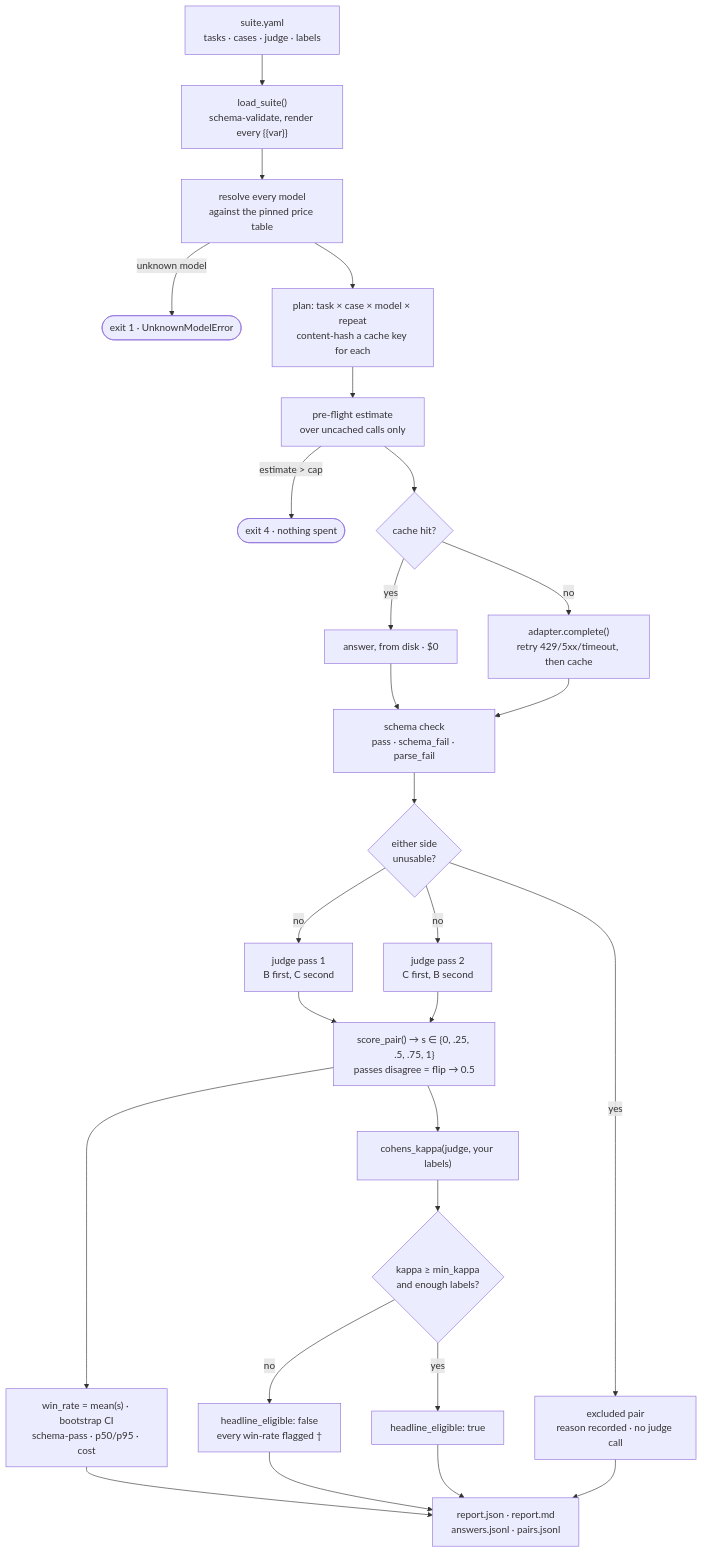
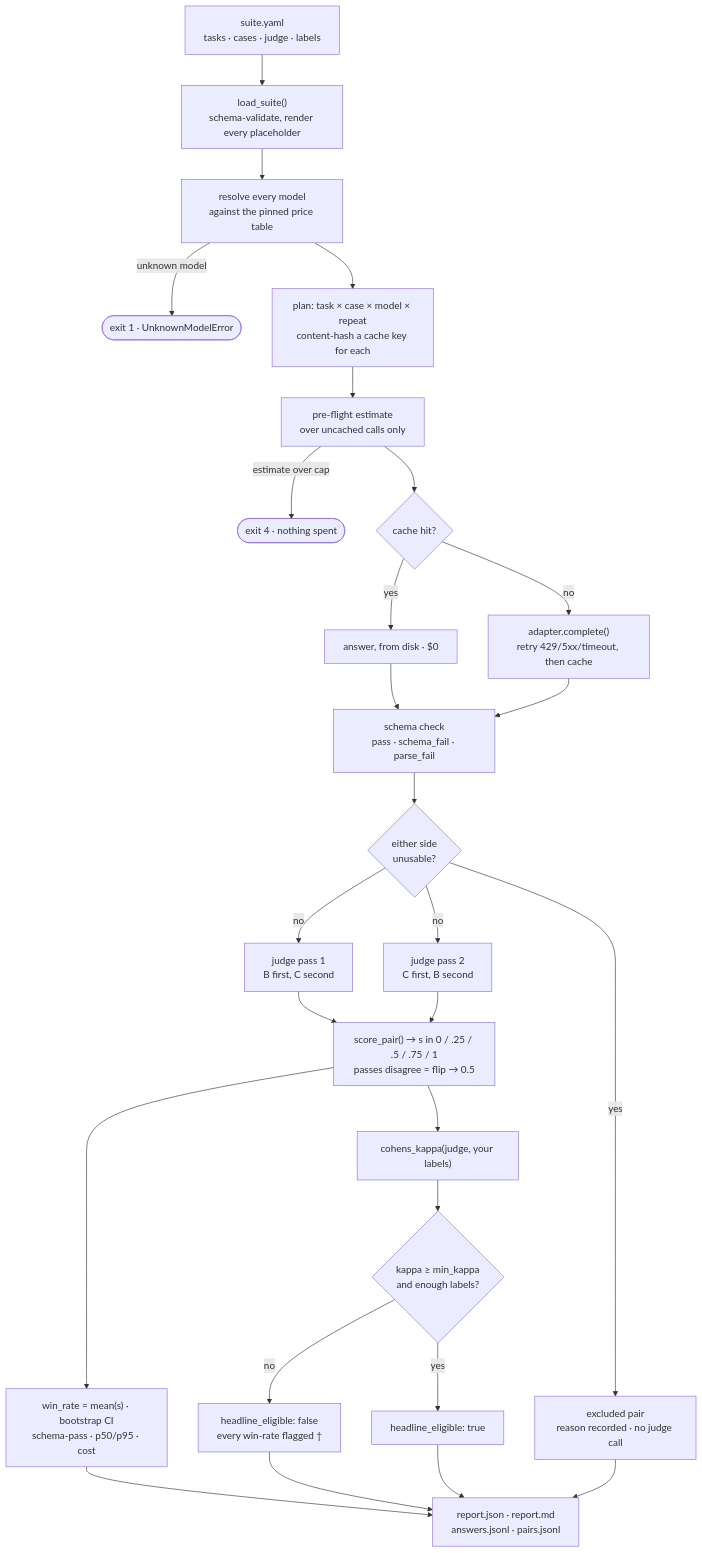
Before and after one commit to hishamalward/evalmine: the diagram in docs/learning/how-it-works.md, drawn with Mermaid.

Commit message:
docs: keep braces and a bare > out of the Mermaid labels
Mermaid reads { } as a rhombus node and > as an edge terminator even
inside quoted labels, so the two labels that carried them are reworded.
The diagram now renders clean through mermaid-cli.

````diff
--- a/docs/learning/how-it-works.md
+++ b/docs/learning/how-it-works.md
@@ -22,29 +22,29 @@
 ```mermaid
 flowchart TD
-    A["suite.yaml<br/>tasks · cases · judge · labels"] --> B["load_suite()<br/>schema-validate, render every {{var}}"]
+    A["suite.yaml<br/>tasks · cases · judge · labels"] --> B["load_suite()<br/>schema-validate, render every placeholder"]
     B --> C["resolve every model<br/>against the pinned price table"]
     C -->|unknown model| X([exit 1 · UnknownModelError])
     C --> D["plan: task × case × model × repeat<br/>content-hash a cache key for each"]
     D --> E["pre-flight estimate<br/>over uncached calls only"]
-    E -->|estimate > cap| Y([exit 4 · nothing spent])
+    E -->|estimate over cap| Y([exit 4 · nothing spent])
     E --> F{"cache hit?"}
     F -->|yes| G["answer, from disk · $0"]
     F -->|no| H["adapter.complete()<br/>retry 429/5xx/timeout, then cache"]
     G --> I["schema check<br/>pass · schema_fail · parse_fail"]
     H --> I
     I --> J{"either side<br/>unusable?"}
     J -->|yes| K["excluded pair<br/>reason recorded · no judge call"]
     J -->|no| L["judge pass 1<br/>B first, C second"]
     J -->|no| M["judge pass 2<br/>C first, B second"]
-    L --> N["score_pair() → s ∈ {0, .25, .5, .75, 1}<br/>passes disagree = flip → 0.5"]
+    L --> N["score_pair() → s in 0 / .25 / .5 / .75 / 1<br/>passes disagree = flip → 0.5"]
     M --> N
     N --> O["win_rate = mean(s) · bootstrap CI<br/>schema-pass · p50/p95 · cost"]
     N --> P["cohens_kappa(judge, your labels)"]
     P --> Q{"kappa ≥ min_kappa<br/>and enough labels?"}
     Q -->|no| R["headline_eligible: false<br/>every win-rate flagged †"]
     Q -->|yes| S["headline_eligible: true"]
     O --> T["report.json · report.md<br/>answers.jsonl · pairs.jsonl"]
     R --> T
     S --> T
     K --> T
 ```
````
